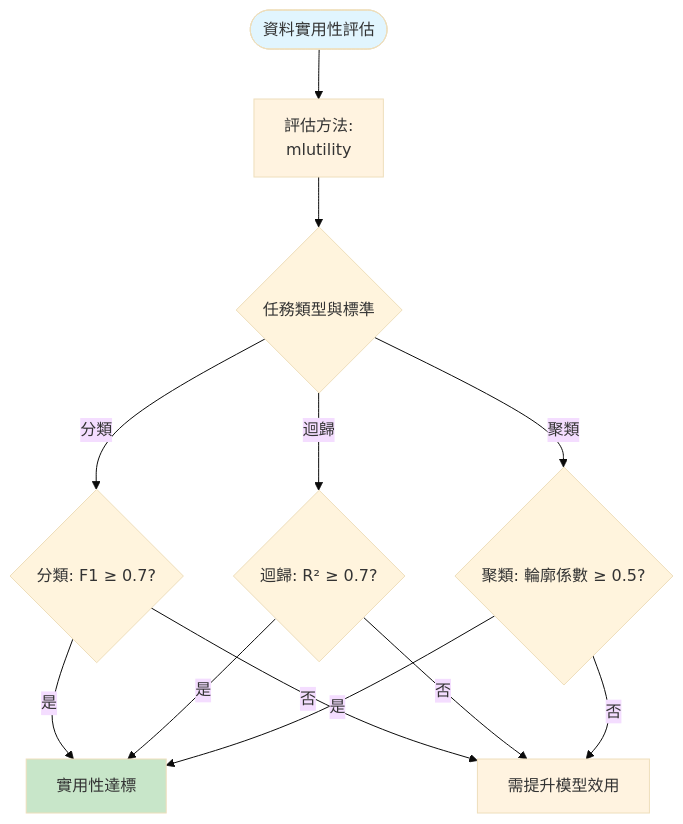
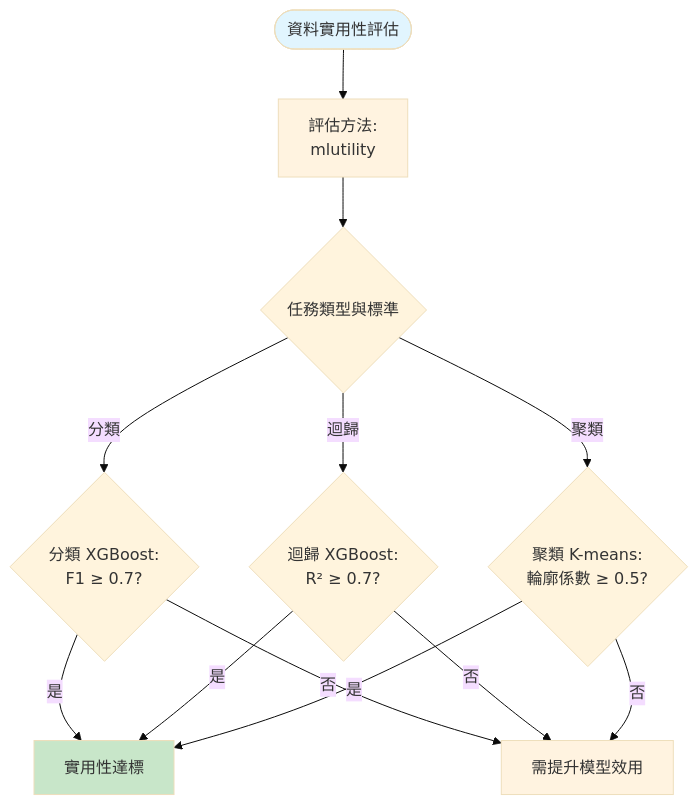
One commit to nics-dp/petsard changed the diagram in doc_site/content/docs/petsard-yaml/evaluator-yaml/evaluator-workflow-utility.zh-tw.mmd. Above: the diagram before and after it, drawn with Mermaid (base theme). The commit also changed 3 other files, not shown here.

Commit message:
docs(evaluator): split workflow into modular diagrams

```diff
--- a/doc_site/content/docs/petsard-yaml/evaluator-yaml/evaluator-workflow-utility.zh-tw.mmd
+++ b/doc_site/content/docs/petsard-yaml/evaluator-yaml/evaluator-workflow-utility.zh-tw.mmd
@@ -1,26 +1,26 @@
 flowchart TD
     Start([資料實用性評估])
     Method[評估方法:<br/>mlutility]
     TaskType{任務類型與標準}
-    Classification{分類: F1 ≥ 0.7?}
-    Regression{迴歸: R² ≥ 0.7?}
-    Clustering{聚類: 輪廓係數 ≥ 0.5?}
+    Classification{分類 XGBoost:<br/>F1 ≥ 0.7?}
+    Regression{迴歸 XGBoost:<br/>R² ≥ 0.7?}
+    Clustering{聚類 K-means:<br/>輪廓係數 ≥ 0.5?}
     Pass[實用性達標]
     Fail[需提升模型效用]
 
     Start --> Method
     Method --> TaskType
     TaskType -->|分類| Classification
     TaskType -->|迴歸| Regression
     TaskType -->|聚類| Clustering
     Classification -->|是| Pass
     Classification -->|否| Fail
     Regression -->|是| Pass
     Regression -->|否| Fail
     Clustering -->|是| Pass
     Clustering -->|否| Fail
 
     style Start fill:#e1f5fe
     style Pass fill:#c8e6c9
     style Fail fill:#fff3e0
     style Method fill:#fff3e0
```
